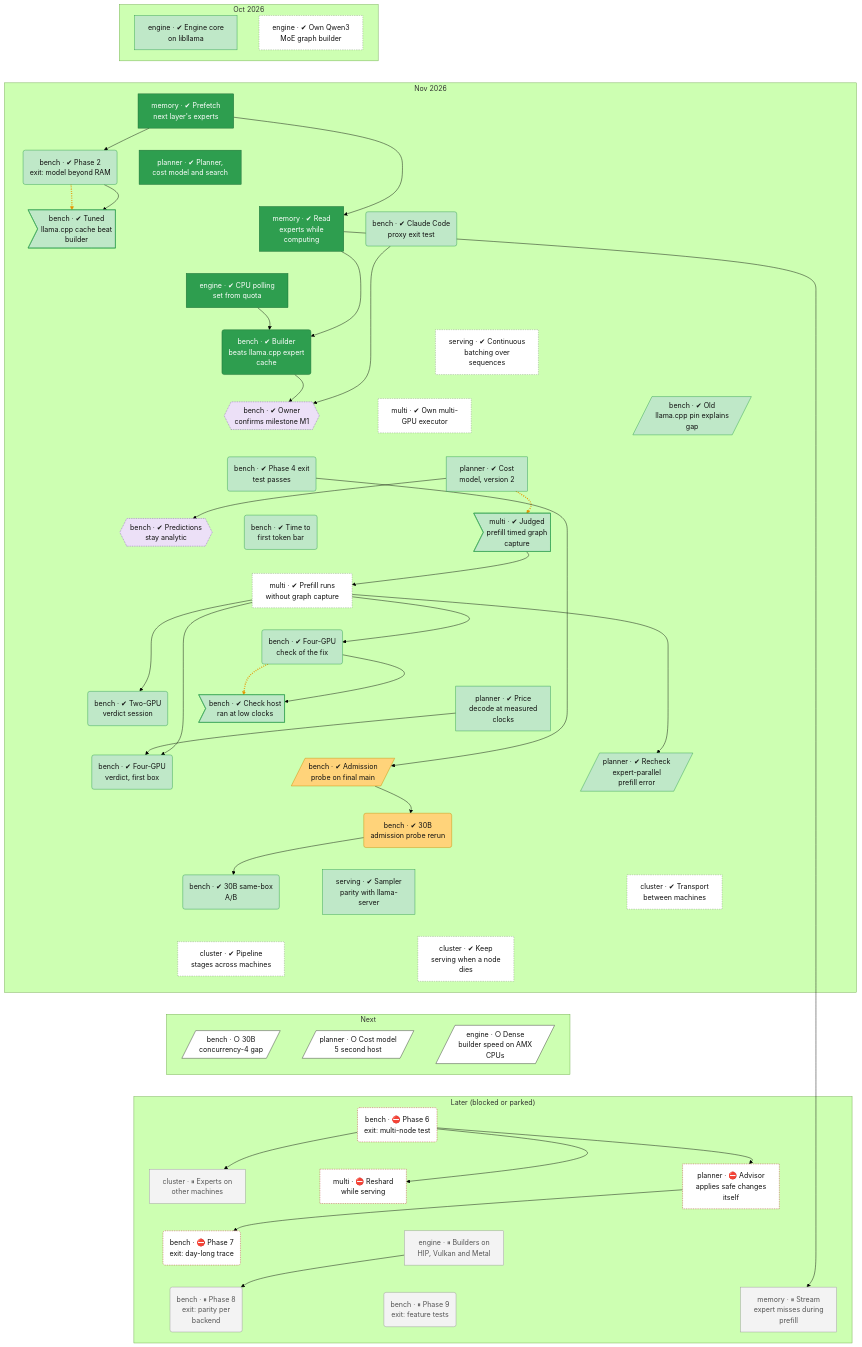
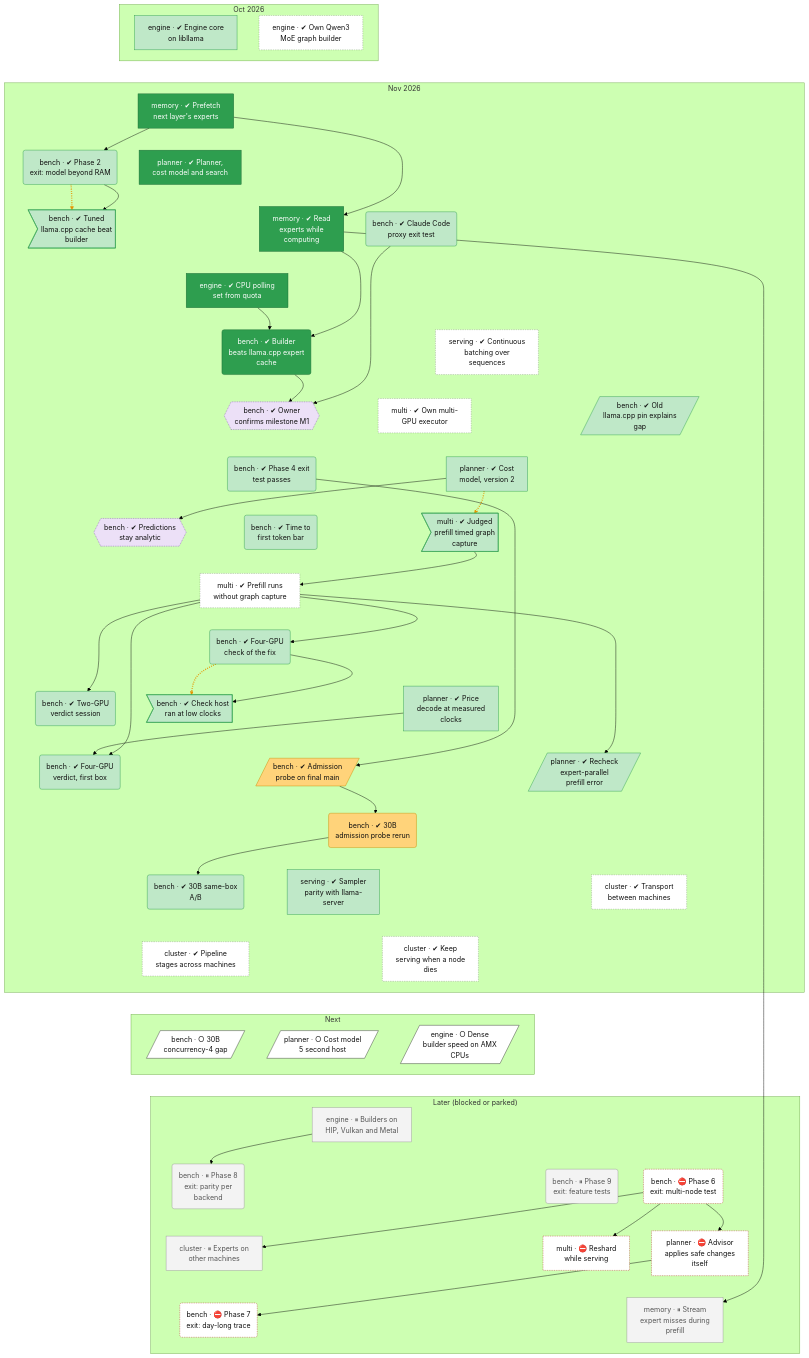
Before and after one commit to lhns/tetraeder: the second of 2 diagrams in docs/roadmap.md, drawn with Mermaid (forest theme). The commit also changed 4 other files, not shown here.

```diff
--- a/docs/roadmap.md
+++ b/docs/roadmap.md
@@ -144,14 +144,14 @@
         engine_dense_amx[/"engine · ○ Dense<br/>builder speed on AMX<br/>CPUs"/]
     end
     subgraph bd_3["Later (blocked or parked)"]
+        engine_backend_parity["engine · ⏸ Builders on<br/>HIP, Vulkan and Metal"]
+        bench_phase8_exit("bench · ⏸ Phase 8<br/>exit: parity per<br/>backend")
+        bench_phase9_exit("bench · ⏸ Phase 9<br/>exit: feature tests")
         bench_phase6_exit("bench · ⛔ Phase 6<br/>exit: multi-node test")
         cluster_experts_nodes["cluster · ⏸ Experts on<br/>other machines"]
         multi_live_reshard["multi · ⛔ Reshard<br/>while serving"]
         planner_advisor_auto["planner · ⛔ Advisor<br/>applies safe changes<br/>itself"]
         bench_phase7_exit("bench · ⛔ Phase 7<br/>exit: day-long trace")
-        engine_backend_parity["engine · ⏸ Builders on<br/>HIP, Vulkan and Metal"]
-        bench_phase8_exit("bench · ⏸ Phase 8<br/>exit: parity per<br/>backend")
-        bench_phase9_exit("bench · ⏸ Phase 9<br/>exit: feature tests")
         memory_prefill_misses["memory · ⏸ Stream<br/>expert misses during<br/>prefill"]
     end
     engine_libllama ~~~ memory_prefetch
@@ -197,18 +197,18 @@
     cluster_pipeline_nodes ~~~ bench_30b_c4_gap
     cluster_failover ~~~ planner_cost_model_v5_host2
     cluster_failover ~~~ engine_dense_amx
-    bench_30b_c4_gap ~~~ bench_phase6_exit
-    planner_cost_model_v5_host2 ~~~ bench_phase6_exit
-    engine_dense_amx ~~~ bench_phase6_exit
-    bench_phase6_exit ~~~ cluster_experts_nodes
-    bench_phase6_exit ~~~ multi_live_reshard
+    bench_30b_c4_gap ~~~ engine_backend_parity
+    planner_cost_model_v5_host2 ~~~ engine_backend_parity
+    engine_dense_amx ~~~ engine_backend_parity
+    engine_backend_parity ~~~ bench_phase8_exit
+    engine_backend_parity ~~~ bench_phase9_exit
+    engine_backend_parity ~~~ bench_phase6_exit
+    bench_phase8_exit ~~~ cluster_experts_nodes
+    bench_phase9_exit ~~~ multi_live_reshard
     bench_phase6_exit ~~~ planner_advisor_auto
     cluster_experts_nodes ~~~ bench_phase7_exit
-    multi_live_reshard ~~~ engine_backend_parity
-    planner_advisor_auto ~~~ engine_backend_parity
-    bench_phase7_exit ~~~ bench_phase8_exit
-    engine_backend_parity ~~~ bench_phase9_exit
-    engine_backend_parity ~~~ memory_prefill_misses
+    multi_live_reshard ~~~ memory_prefill_misses
+    planner_advisor_auto ~~~ memory_prefill_misses
     memory_prefetch --> bench_phase2_exit
     bench_phase2_exit -.-> bench_defect_tuned_cache
     bench_phase2_exit --> bench_defect_tuned_cache
@@ -230,11 +230,11 @@
     multi_prefill_no_capture --> planner_ep_prefill_recheck
     bench_d2a_probe --> bench_d2a_30b
     bench_d2a_30b --> bench_ab30b
+    engine_backend_parity --> bench_phase8_exit
     bench_phase6_exit --> cluster_experts_nodes
     bench_phase6_exit --> multi_live_reshard
     bench_phase6_exit --> planner_advisor_auto
     planner_advisor_auto --> bench_phase7_exit
-    engine_backend_parity --> bench_phase8_exit
     memory_io_service --> memory_prefill_misses
     linkStyle 56,63,67 stroke:#e69500,stroke-width:3px,stroke-dasharray:2 3
     classDef vsucc fill:#2e9e4f,stroke:#1b6b34,color:#fff
```
